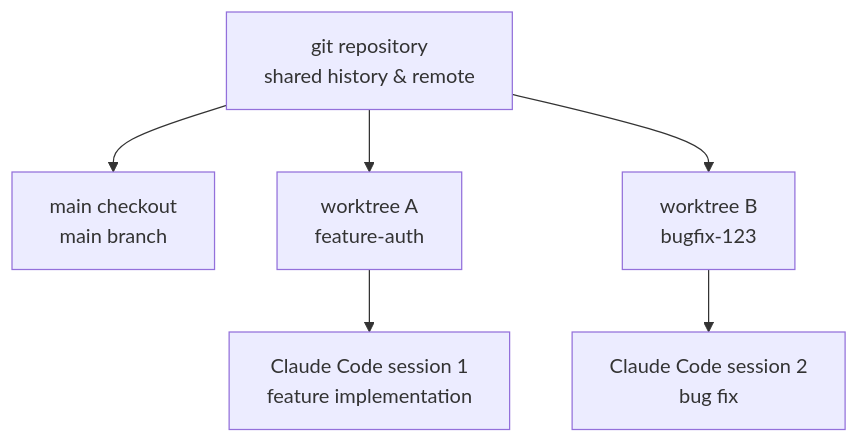
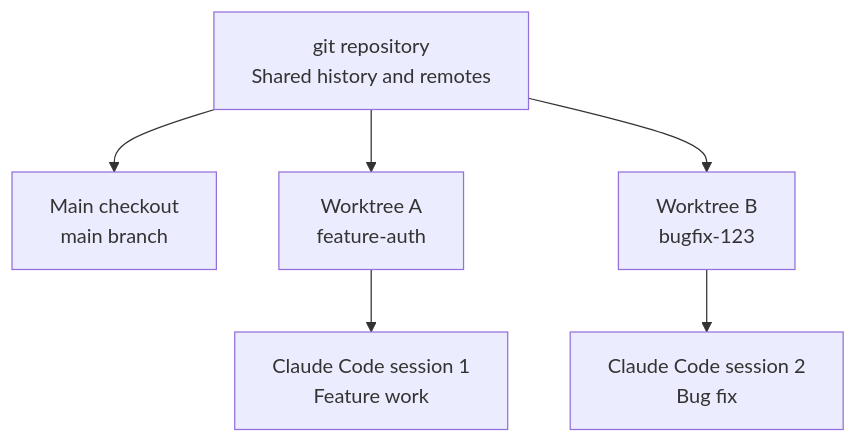
One commit to modu-ai/moai-adk changed the diagram in docs-site/content/en/claude-code/agentic/worktrees.md. Above: the diagram before and after it, drawn with Mermaid. The commit also changed other lines of this file and 395 other files, not shown here.

````diff
--- a/docs-site/content/en/claude-code/agentic/worktrees.md
+++ b/docs-site/content/en/claude-code/agentic/worktrees.md
@@ -40,9 +40,9 @@
 ```mermaid
 flowchart TD
-    Repo[git repository<br/>shared history & remote]
-    Repo --> Main[main checkout<br/>main branch]
-    Repo --> WT1[worktree A<br/>feature-auth]
-    Repo --> WT2[worktree B<br/>bugfix-123]
-    WT1 --> S1[Claude Code session 1<br/>feature implementation]
-    WT2 --> S2[Claude Code session 2<br/>bug fix]
+    Repo[git repository<br/>Shared history and remotes]
+    Repo --> Main[Main checkout<br/>main branch]
+    Repo --> WT1[Worktree A<br/>feature-auth]
+    Repo --> WT2[Worktree B<br/>bugfix-123]
+    WT1 --> S1[Claude Code session 1<br/>Feature work]
+    WT2 --> S2[Claude Code session 2<br/>Bug fix]
 ```
````
